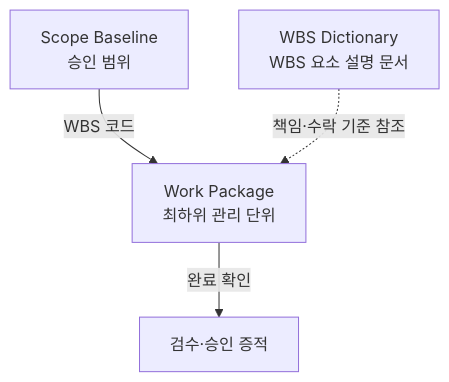
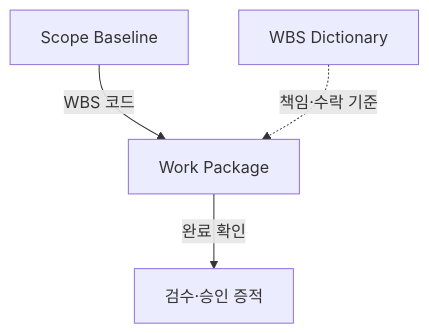
One commit to agnusdei1207/study changed the fourth of 5 diagrams in src/content/docs/notes/itpe/01-it-strategy/007_wbs.md. Above: the diagram before and after it, drawn with Mermaid. The commit also changed other lines of this file and 19 other files, not shown here.

````diff
--- a/src/content/docs/notes/itpe/01-it-strategy/007_wbs.md
+++ b/src/content/docs/notes/itpe/01-it-strategy/007_wbs.md
@@ -93,6 +100,6 @@
 ```mermaid
 flowchart TD
-    B["Scope Baseline<br/>승인 범위"] -->|WBS 코드| W["Work Package<br/>최하위 관리 단위"]
-    D["WBS Dictionary<br/>WBS 요소 설명 문서"] -.->|책임·수락 기준 참조| W
-    W -->|완료 확인| E["검수·승인 증적"]
+    B["Scope Baseline"] -->|"WBS 코드"| W["Work Package"]
+    D["WBS Dictionary"] -.->|"책임·수락 기준"| W
+    W -->|"완료 확인"| E["검수·승인 증적"]
 ```
````
